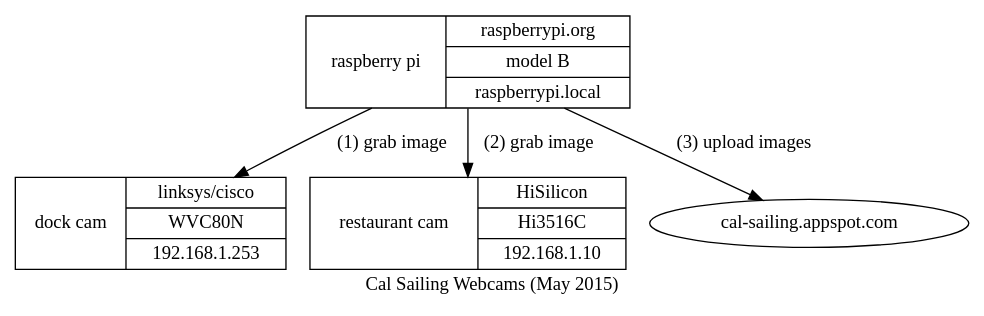
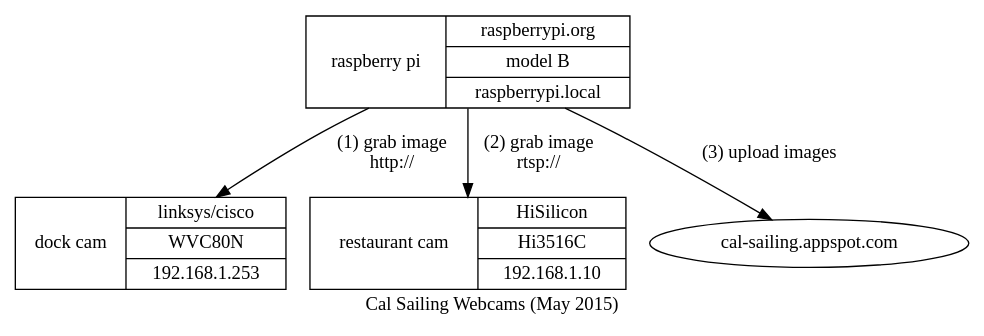
One commit to jhpoelen/cal-sailing-cam changed the diagram in cal-sailing-diagram.dot. Above: the diagram before and after it, drawn with Graphviz. The commit also changed 1 other file, not shown here.

Commit message:
update diagram

```diff
--- a/cal-sailing-diagram.dot
+++ b/cal-sailing-diagram.dot
@@ -1,18 +1,18 @@
 digraph rendle {
 	"dock" [
        label = "dock cam | { linksys/cisco | WVC80N | 192.168.1.253 }"
        shape = "record"
      ];
 	"restaurant" [
 	   label = "restaurant cam | { HiSilicon  | Hi3516C | 192.168.1.10 }"
 	   shape = "record"
 	];
     "raspberry" [
 		label = "raspberry pi | { raspberrypi.org | model B | raspberrypi.local }"
 		shape = "record"
 	]
-	"raspberry"->"dock"[label="(1) grab image"]
-	"raspberry"->"restaurant"[label="(2) grab image"]
+	"raspberry"->"dock"[label="(1) grab image\nhttp://"]
+	"raspberry"->"restaurant"[label="(2) grab image\nrtsp://"]
 	"raspberry"->"cal-sailing.appspot.com"[label="(3) upload images"]
     label="Cal Sailing Webcams (May 2015)";
 }
```
